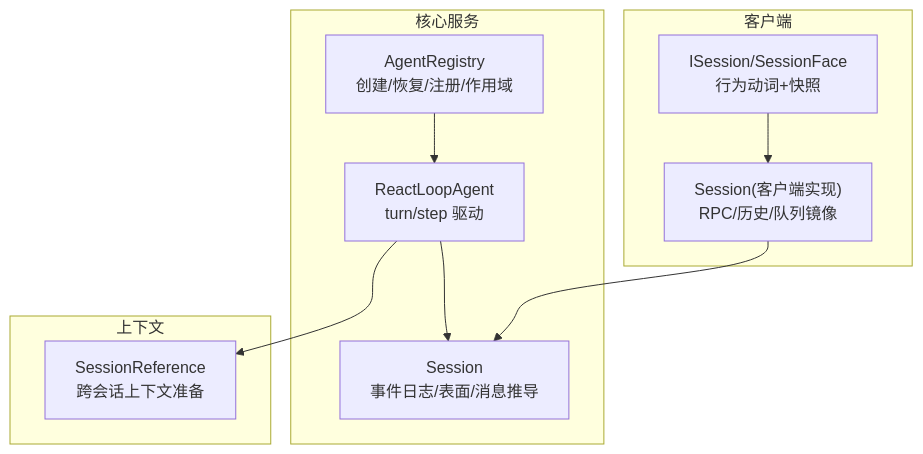
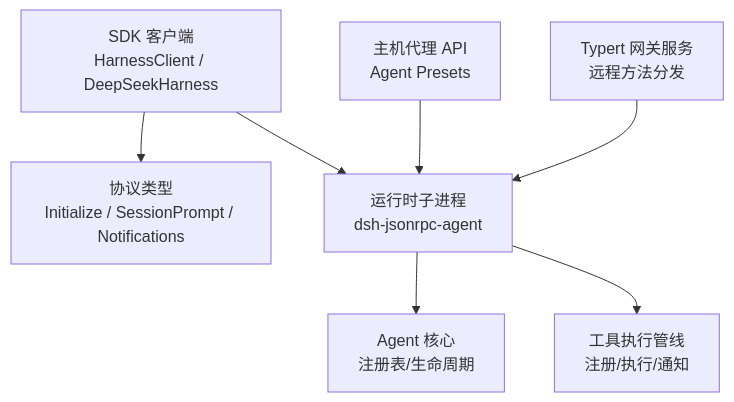
Before and after one commit to gongzili456/deepseek-harness: the first of 8 diagrams in .qoder/repowiki/zh/content/API 参考/核心 API/核心 API.md, drawn with Mermaid. The commit also changed other lines of this file and 1001 other files, not shown here.

````diff
--- a/.qoder/repowiki/zh/content/API 参考/核心 API/核心 API.md
+++ b/.qoder/repowiki/zh/content/API 参考/核心 API/核心 API.md
@@ -38,20 +46,9 @@
 ```mermaid
 graph TB
-subgraph "核心服务"
-A["AgentRegistry<br/>创建/恢复/注册/作用域"]
-B["ReactLoopAgent<br/>turn/step 驱动"]
-C["Session<br/>事件日志/表面/消息推导"]
-end
-subgraph "客户端"
-D["ISession/SessionFace<br/>行为动词+快照"]
-E["Session(客户端实现)<br/>RPC/历史/队列镜像"]
-end
-subgraph "上下文"
-F["SessionReference<br/>跨会话上下文准备"]
-end
-A --> B
-B --> C
-D --> E
-E --> C
-B --> F
+Client["SDK 客户端<br/>HarnessClient / DeepSeekHarness"] --> Protocol["协议类型<br/>Initialize / SessionPrompt / Notifications"]
+Client --> Runtime["运行时子进程<br/>dsh-jsonrpc-agent"]
+Runtime --> AgentCore["Agent 核心<br/>注册表/生命周期"]
+Runtime --> Tools["工具执行管线<br/>注册/执行/通知"]
+HostAPI["主机代理 API<br/>Agent Presets"] --> Runtime
+Gateway["Typert 网关服务<br/>远程方法分发"] --> Runtime
 ```
````
